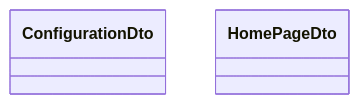
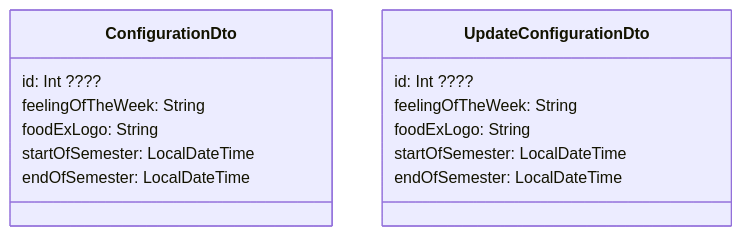
One commit to kir-dev/foodex-web changed the eighth of 9 diagrams in Upgrade backend TERV.md. Above: the diagram before and after it, drawn with Mermaid. The commit also changed other lines of this file, not shown here.

````diff
--- a/Upgrade backend TERV.md
+++ b/Upgrade backend TERV.md
@@ -145,11 +212,19 @@
 ```mermaid
 classDiagram
 
 class ConfigurationDto {
-
+    id: Int ????
+    feelingOfTheWeek: String
+    foodExLogo: String
+    startOfSemester: LocalDateTime
+    endOfSemester: LocalDateTime
 }
 
-class HomePageDto {
-
+class UpdateConfigurationDto {
+    id: Int ????
+    feelingOfTheWeek: String
+    foodExLogo: String
+    startOfSemester: LocalDateTime
+    endOfSemester: LocalDateTime
 }
 ```
````
